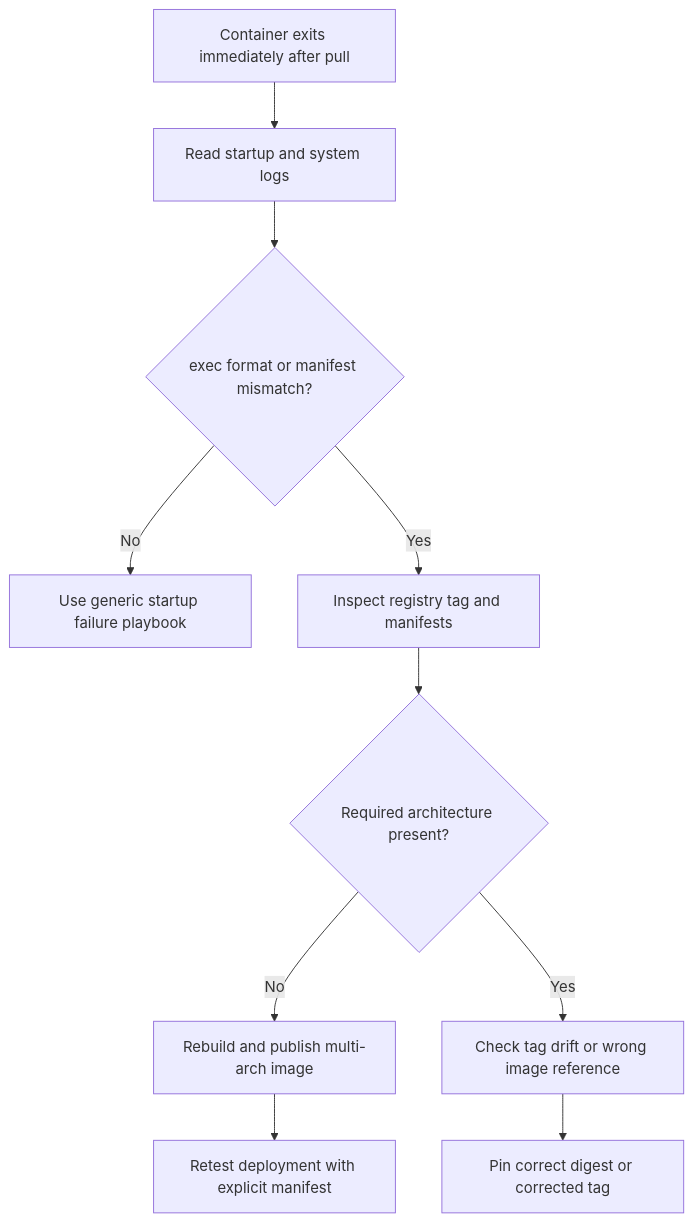
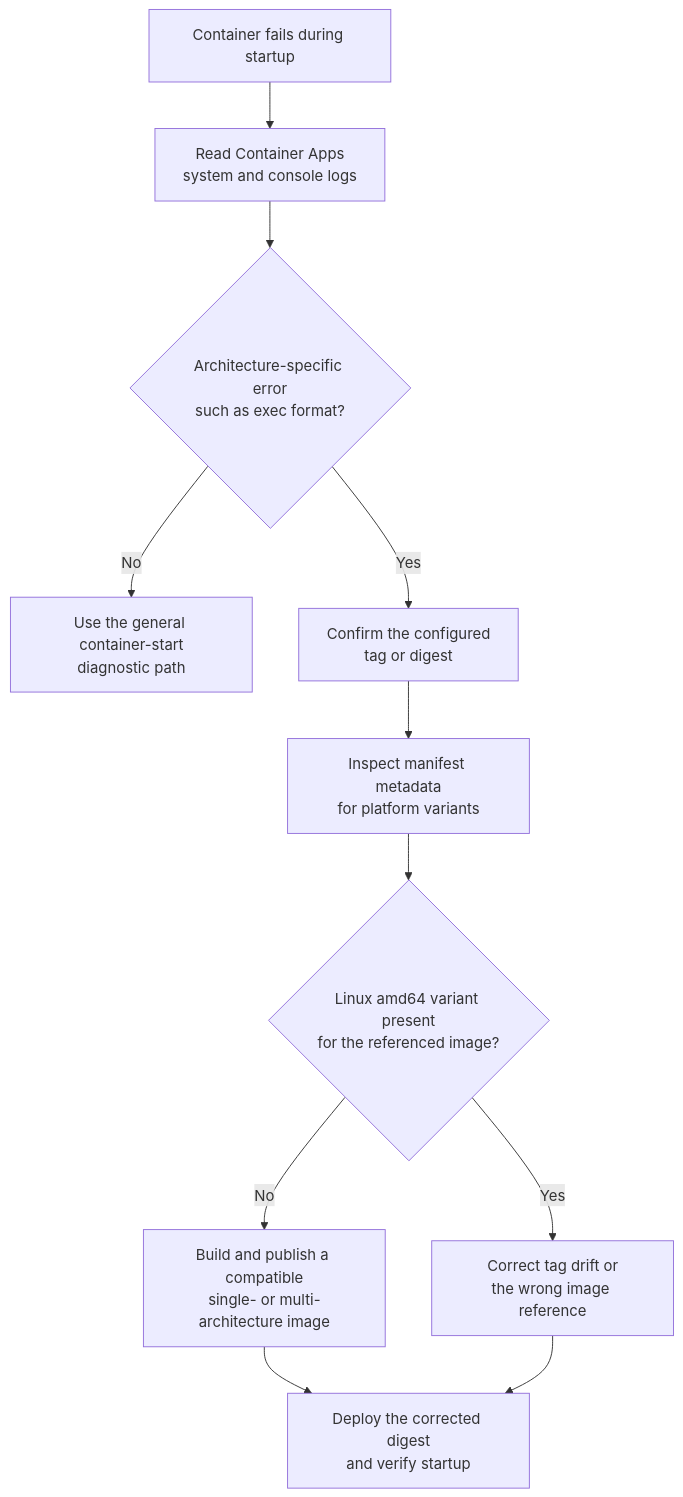
The diagram in docs/troubleshooting/playbooks/startup-and-provisioning/multi-arch-image-mismatch.md (yeongseon/azure-container-apps-practical-guide), drawn with Mermaid before and after one commit. The commit also changed other lines of this file and 19 other files, not shown here.

First line of the commit message:
docs(diagrams): migrate remaining troubleshooting diagrams (#629)

````diff
--- a/docs/troubleshooting/playbooks/startup-and-provisioning/multi-arch-image-mismatch.md
+++ b/docs/troubleshooting/playbooks/startup-and-provisioning/multi-arch-image-mismatch.md
@@ -47,12 +47,27 @@
 ```mermaid
 flowchart TD
-    A[Container exits immediately after pull] --> B[Read startup and system logs]
-    B --> C{exec format or manifest mismatch?}
-    C -->|No| D[Use generic startup failure playbook]
-    C -->|Yes| E[Inspect registry tag and manifests]
-    E --> F{Required architecture present?}
-    F -->|No| G[Rebuild and publish multi-arch image]
-    F -->|Yes| H[Check tag drift or wrong image reference]
-    G --> I[Retest deployment with explicit manifest]
-    H --> J[Pin correct digest or corrected tag]
+    accTitle: Diagnose a container image architecture mismatch
+    accDescr: Require architecture-specific startup evidence, inspect the configured image and manifest variants, and verify a corrected linux amd64 image reference.
+
+    START[Container fails during startup]
+    LOGS[Read Container Apps<br/>system and console logs]
+    ARCH{Architecture-specific error<br/>such as exec format?}
+    OTHER[Use the general container-start<br/>diagnostic path]
+    IMAGE[Confirm the configured<br/>tag or digest]
+    MANIFEST[Inspect manifest metadata<br/>for platform variants]
+    AMD64{Linux amd64 variant present<br/>for the referenced image?}
+    REBUILD[Build and publish a compatible<br/>single- or multi-architecture image]
+    DRIFT[Correct tag drift or<br/>the wrong image reference]
+    RETEST[Deploy the corrected digest<br/>and verify startup]
+
+    START --> LOGS
+    LOGS --> ARCH
+    ARCH -->|No| OTHER
+    ARCH -->|Yes| IMAGE
+    IMAGE --> MANIFEST
+    MANIFEST --> AMD64
+    AMD64 -->|No| REBUILD
+    AMD64 -->|Yes| DRIFT
+    REBUILD --> RETEST
+    DRIFT --> RETEST
 ```
````
